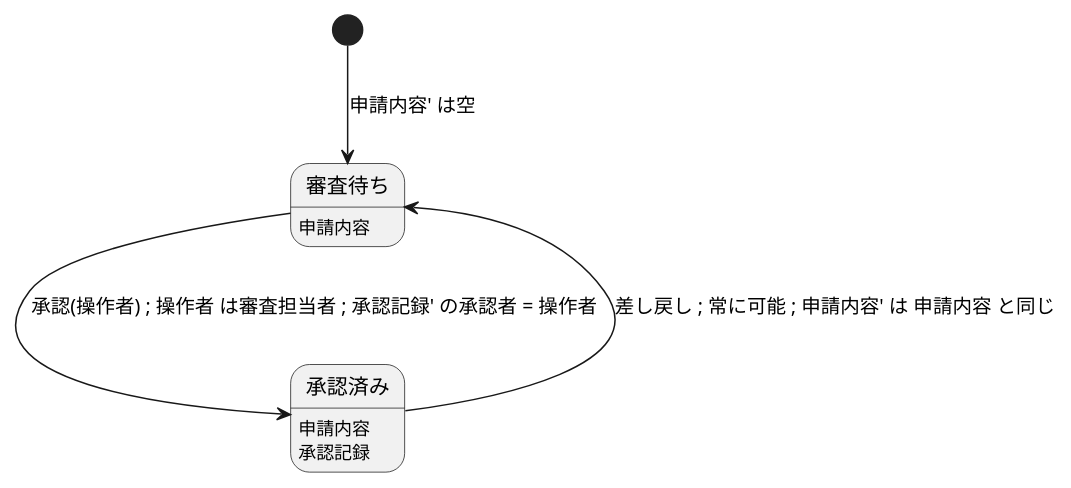
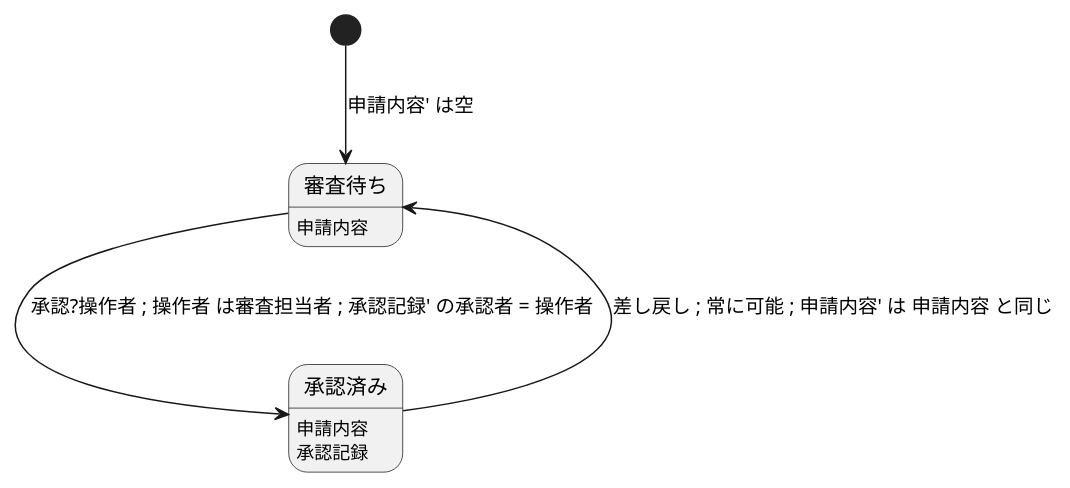
The diagram in examples/valid/japanese.puml (Kuniwak/puml-parallel), drawn with PlantUML before and after one commit. The commit also changed 86 other files, not shown here.

```diff
--- a/examples/valid/japanese.puml
+++ b/examples/valid/japanese.puml
@@ -1,11 +1,11 @@
 @startuml
 
 state "審査待ち" as 審査待ち
 審査待ち: 申請内容
 state "承認済み" as 承認済み
 承認済み: 申請内容
 承認済み: 承認記録
 [*] --> 審査待ち : 申請内容' は空
-審査待ち --> 承認済み : 承認(操作者) ; 操作者 は審査担当者 ; 承認記録' の承認者 = 操作者
+審査待ち --> 承認済み : 承認?操作者 ; 操作者 は審査担当者 ; 承認記録' の承認者 = 操作者
 承認済み --> 審査待ち : 差し戻し ; 常に可能 ; 申請内容' は 申請内容 と同じ
 @enduml
```
